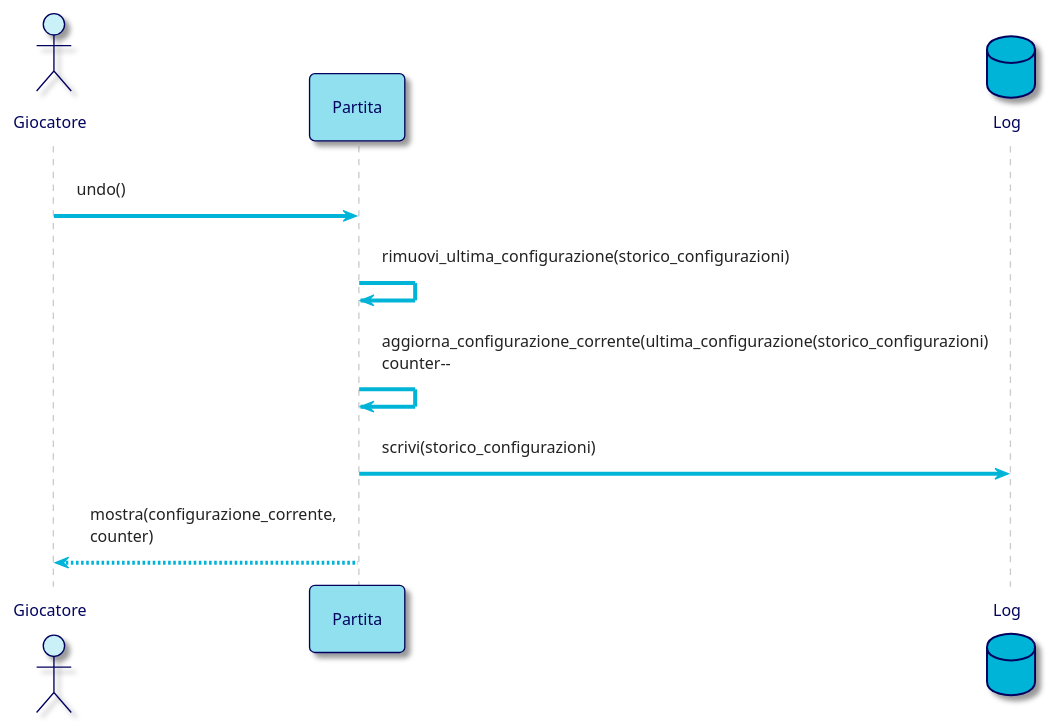
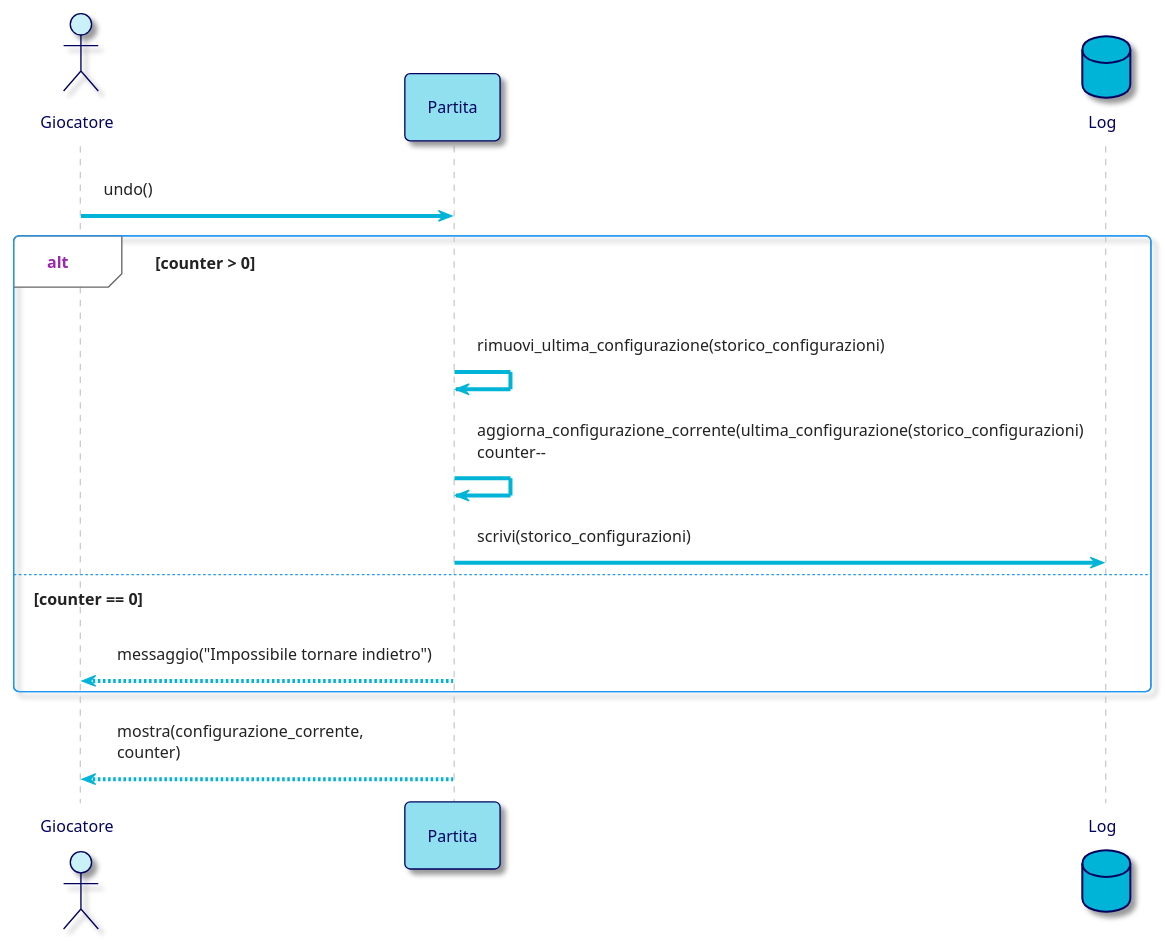
One commit to bellins14/klotski_gruppo2 changed the fifth of 8 diagrams in resources/Sequence_Diagrams.md. Above: the diagram before and after it, drawn with PlantUML.

Commit message:
Sistemato undo() in Sequence_Diagrams.md

````diff
--- a/resources/Sequence_Diagrams.md
+++ b/resources/Sequence_Diagrams.md
@@ -203,30 +203,34 @@
 ```plantuml
 @startuml
 !theme materia-outline
 
 skinparam ArrowColor #00B4D8
 skinparam ActorBorderColor #03045E
 skinparam ActorFontColor #03045E
 skinparam ActorBackgroundColor #CAF0F8
 skinparam ParticipantFontColor #03045E
 skinparam ParticipantBorderColor #03045E
 skinparam ParticipantBackgroundColor #90E0EF
 skinparam DatabaseBorderColor #03045E
 skinparam DatabaseBackgroundColor #00B4D8
 skinparam DatabaseFontColor #03045E
 skinparam BackgroundColor #FFFFFF
 
 actor Giocatore 
 participant Partita
 database Log
 
 Giocatore -> Partita: undo()
 
-Partita -> Partita: rimuovi_ultima_configurazione(storico_configurazioni)
-Partita -> Partita: aggiorna_configurazione_corrente(ultima_configurazione(storico_configurazioni)\ncounter--
-Partita -> Log: scrivi(storico_configurazioni)
+alt counter > 0
+  Partita -> Partita: rimuovi_ultima_configurazione(storico_configurazioni)
+  Partita -> Partita: aggiorna_configurazione_corrente(ultima_configurazione(storico_configurazioni)\ncounter--
+  Partita -> Log: scrivi(storico_configurazioni)
+else counter == 0
+  Partita --> Giocatore: messaggio("Impossibile tornare indietro")
+end
 
 Partita --> Giocatore: mostra(configurazione_corrente,\ncounter)
 
 @enduml
 ```
````
